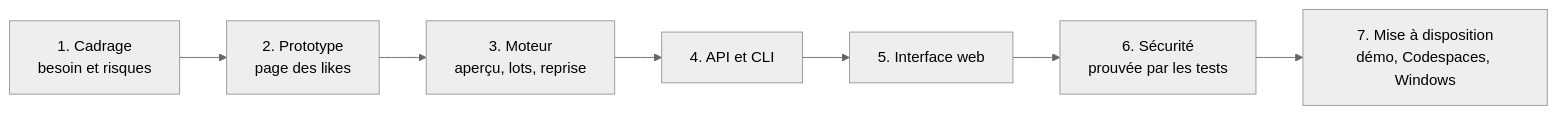
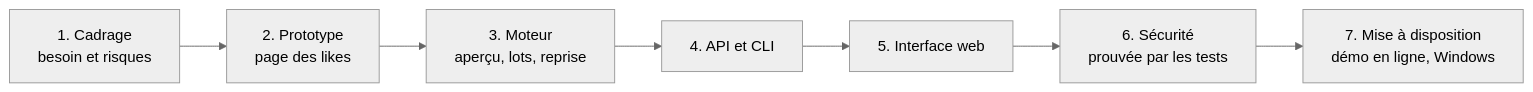
The first of 2 diagrams in README.md (GomuGomuNo01/Instagram-Unlike-Cleaner), drawn with Mermaid (neutral theme) before and after one commit. The commit also changed other lines of this file and 15 other files, not shown here.

````diff
--- a/README.md
+++ b/README.md
@@ -194,9 +193,9 @@
 ```mermaid
 flowchart LR
     A[1. Cadrage<br/>besoin et risques] --> B[2. Prototype<br/>page des likes]
     B --> C[3. Moteur<br/>aperçu, lots, reprise]
     C --> D[4. API et CLI]
     D --> E[5. Interface web]
     E --> F[6. Sécurité<br/>prouvée par les tests]
-    F --> G[7. Mise à disposition<br/>démo, Codespaces, Windows]
+    F --> G[7. Mise à disposition<br/>démo en ligne, Windows]
 ```
````
